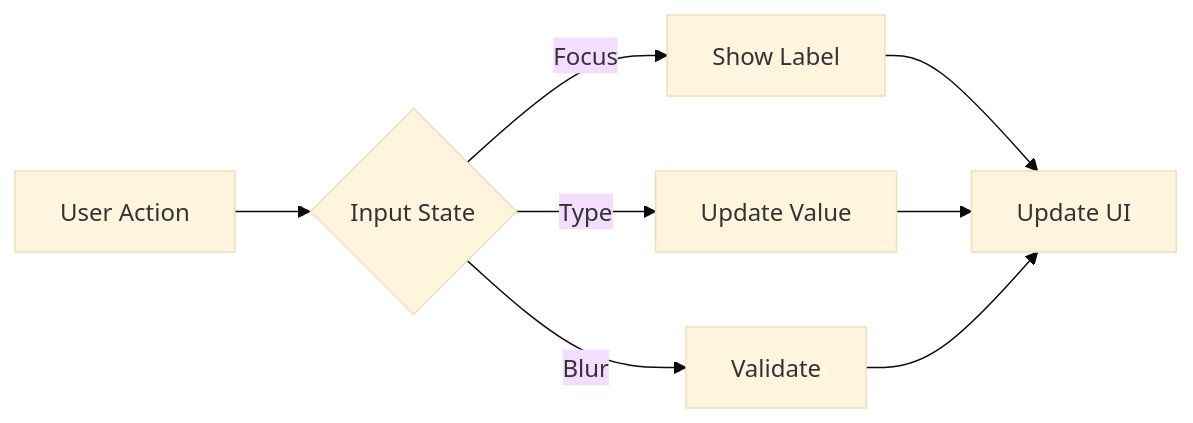
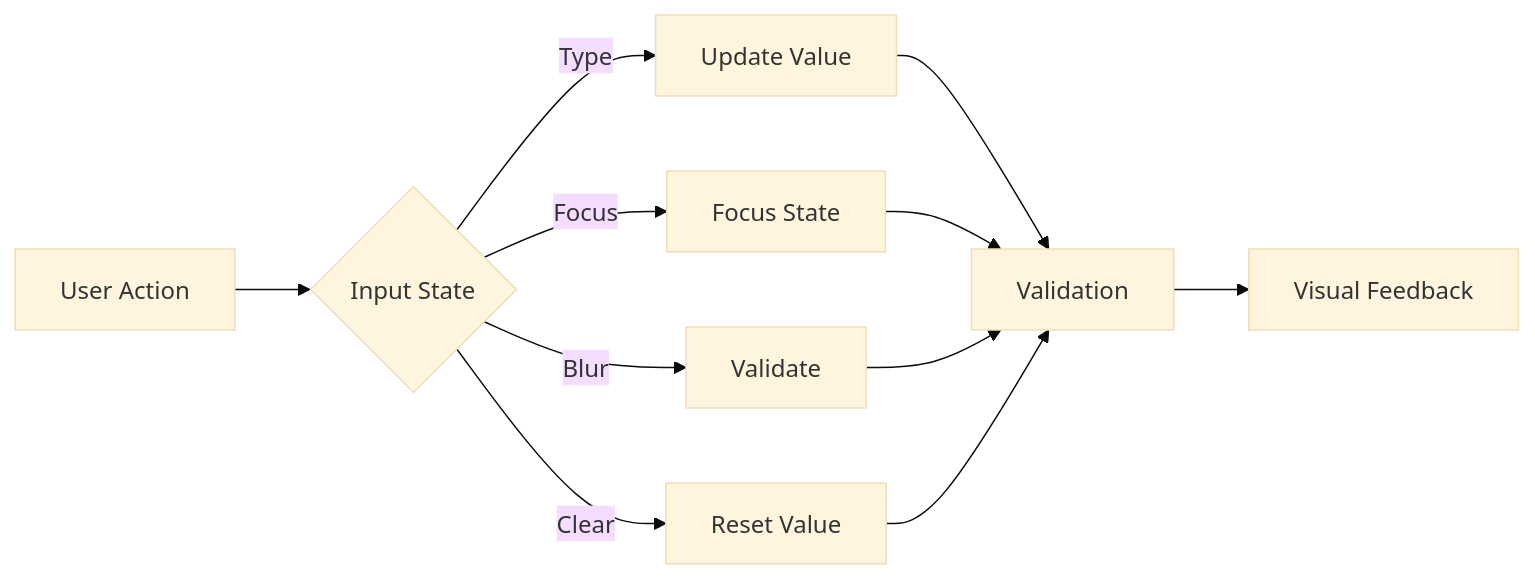
Before and after one commit to gedeza/thrive-send: the third of 3 diagrams in DOCS/components/forms/Input.md, drawn with Mermaid (base theme). The commit also changed other lines of this file and 25 other files, not shown here.

````diff
--- a/DOCS/components/forms/Input.md
+++ b/DOCS/components/forms/Input.md
@@ -101,10 +140,15 @@
 ```mermaid
 graph LR
     A[User Action] --> B{Input State}
-    B -->|Focus| C[Show Label]
-    B -->|Type| D[Update Value]
+    B -->|Type| C[Update Value]
+    B -->|Focus| D[Focus State]
     B -->|Blur| E[Validate]
-    C --> F[Update UI]
-    D --> F
-    E --> F
+    B -->|Clear| F[Reset Value]
+    
+    C --> G[Validation]
+    D --> G
+    E --> G
+    F --> G
+    
+    G --> H[Visual Feedback]
 ```
````
